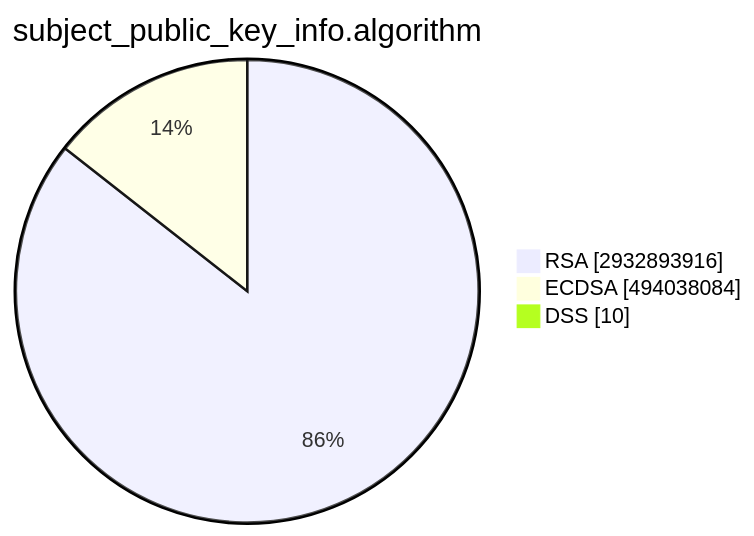
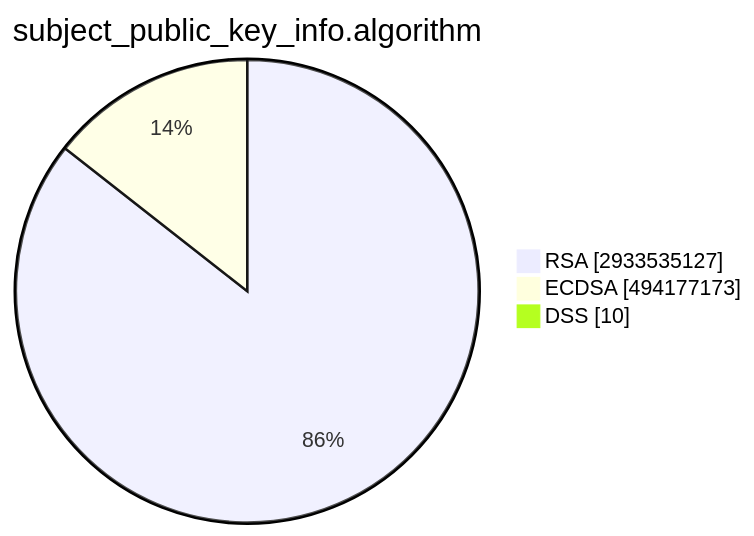
Before and after one commit to christiankrug/ctmonitor_visualization: the second of 15 diagrams in TOTAL/README.md, drawn with Mermaid. The commit also changed other lines of this file, not shown here.

````diff
--- a/TOTAL/README.md
+++ b/TOTAL/README.md
@@ -6,7 +6,7 @@
 ```mermaid
 pie showData
 title subject_public_key_info.algorithm
-"RSA" :2932893916
-"ECDSA" :494038084
+"RSA" :2933535127
+"ECDSA" :494177173
 "DSS" :10
 ```
````
